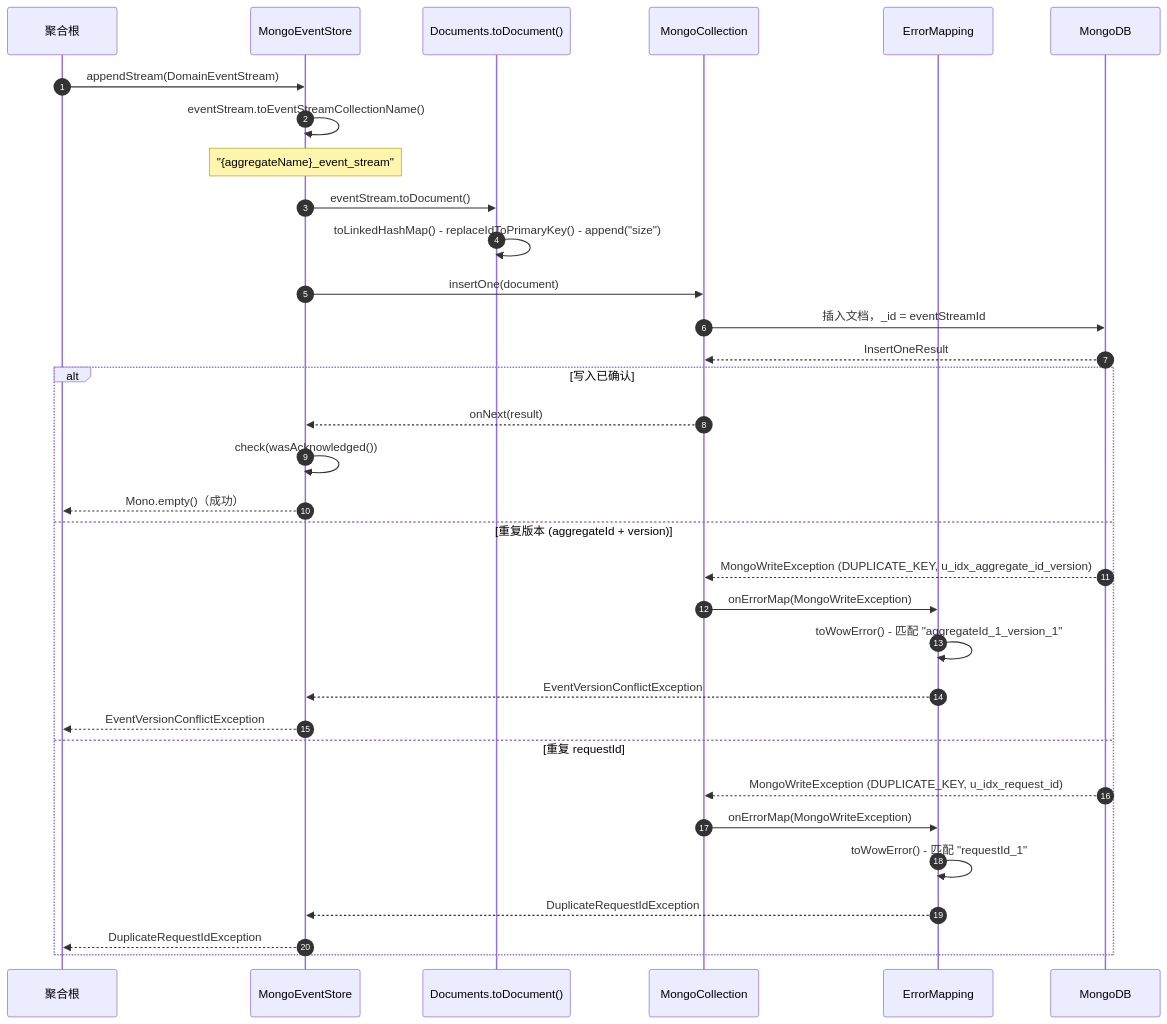
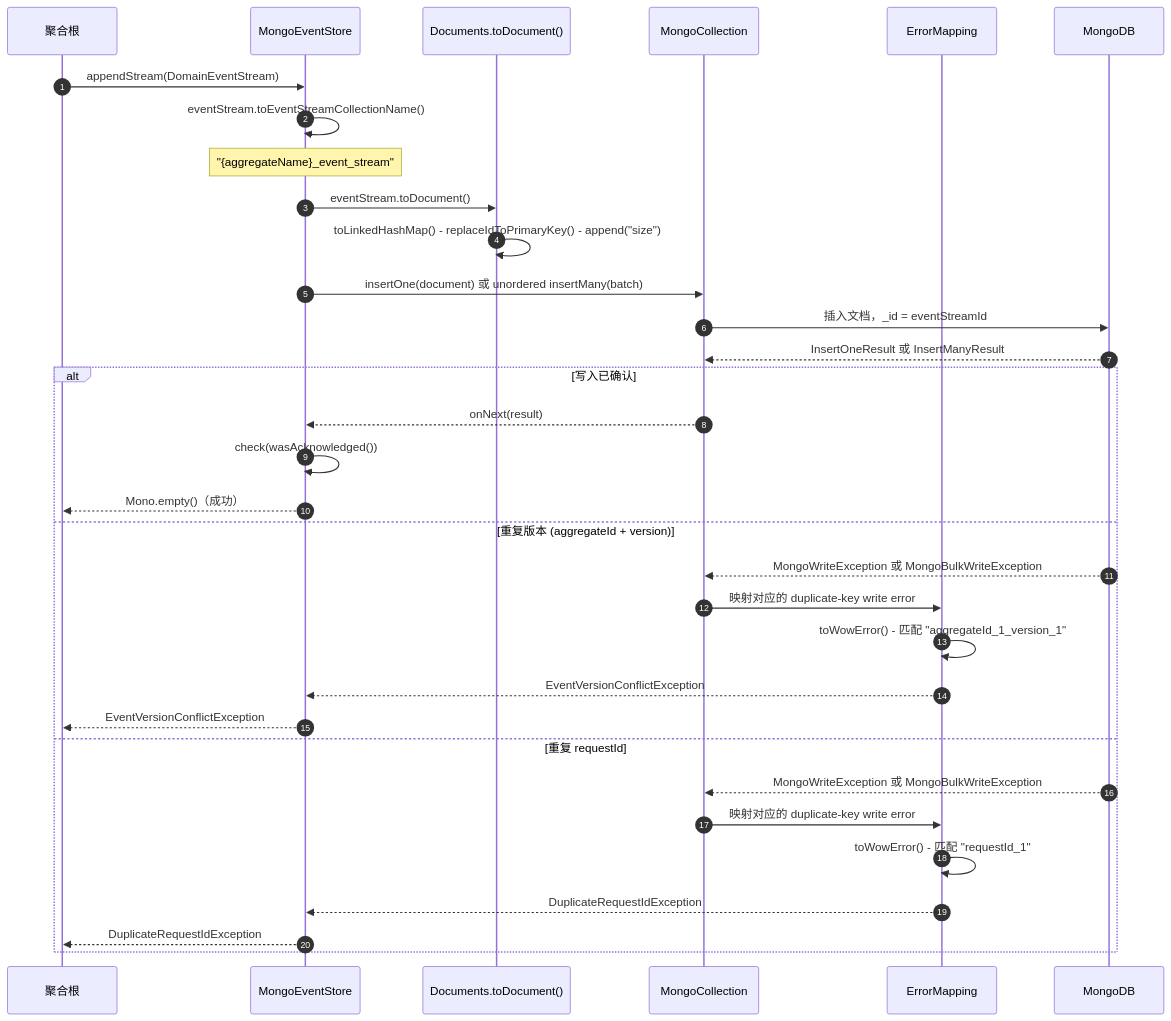
The second of 3 diagrams in documentation/docs/zh/guide/extensions/mongo.md (Ahoo-Wang/Wow), drawn with Mermaid before and after one commit. The commit also changed other lines of this file and 133 other files, not shown here.

````diff
--- a/documentation/docs/zh/guide/extensions/mongo.md
+++ b/documentation/docs/zh/guide/extensions/mongo.md
@@ -115,38 +115,38 @@
 ```mermaid
 sequenceDiagram
     autonumber
     participant AR as 聚合根
     participant ES as MongoEventStore
     participant Doc as Documents.toDocument()
     participant Coll as MongoCollection
     participant Err as ErrorMapping
     participant DB as MongoDB
 
     AR->>ES: appendStream(DomainEventStream)
     ES->>ES: eventStream.toEventStreamCollectionName()
     Note over ES: "{aggregateName}_event_stream"
     ES->>Doc: eventStream.toDocument()
     Doc->>Doc: toLinkedHashMap() - replaceIdToPrimaryKey() - append("size")
 
-    ES->>Coll: insertOne(document)
+    ES->>Coll: insertOne(document) 或 unordered insertMany(batch)
     Coll->>DB: 插入文档，_id = eventStreamId
-    DB-->>Coll: InsertOneResult
+    DB-->>Coll: InsertOneResult 或 InsertManyResult
 
     alt 写入已确认
         Coll-->>ES: onNext(result)
         ES->>ES: check(wasAcknowledged())
         ES-->>AR: Mono.empty()（成功）
     else 重复版本 (aggregateId + version)
-        DB-->>Coll: MongoWriteException (DUPLICATE_KEY, u_idx_aggregate_id_version)
-        Coll->>Err: onErrorMap(MongoWriteException)
+        DB-->>Coll: MongoWriteException 或 MongoBulkWriteException
+        Coll->>Err: 映射对应的 duplicate-key write error
         Err->>Err: toWowError() - 匹配 "aggregateId_1_version_1"
         Err-->>ES: EventVersionConflictException
         ES-->>AR: EventVersionConflictException
     else 重复 requestId
-        DB-->>Coll: MongoWriteException (DUPLICATE_KEY, u_idx_request_id)
-        Coll->>Err: onErrorMap(MongoWriteException)
+        DB-->>Coll: MongoWriteException 或 MongoBulkWriteException
+        Coll->>Err: 映射对应的 duplicate-key write error
         Err->>Err: toWowError() - 匹配 "requestId_1"
         Err-->>ES: DuplicateRequestIdException
         ES-->>AR: DuplicateRequestIdException
     end
 ```
````
